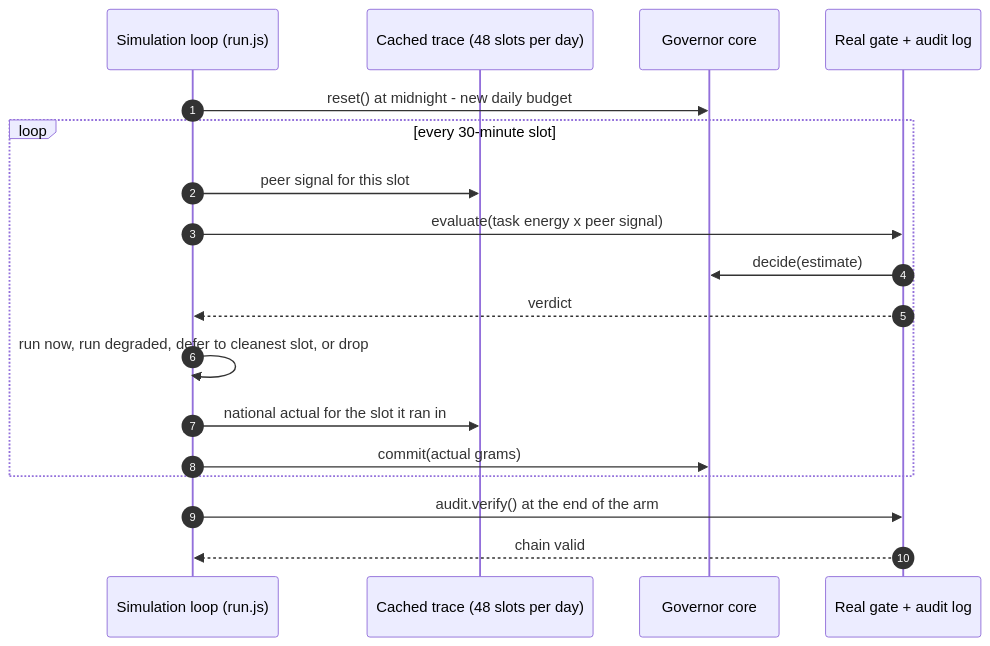
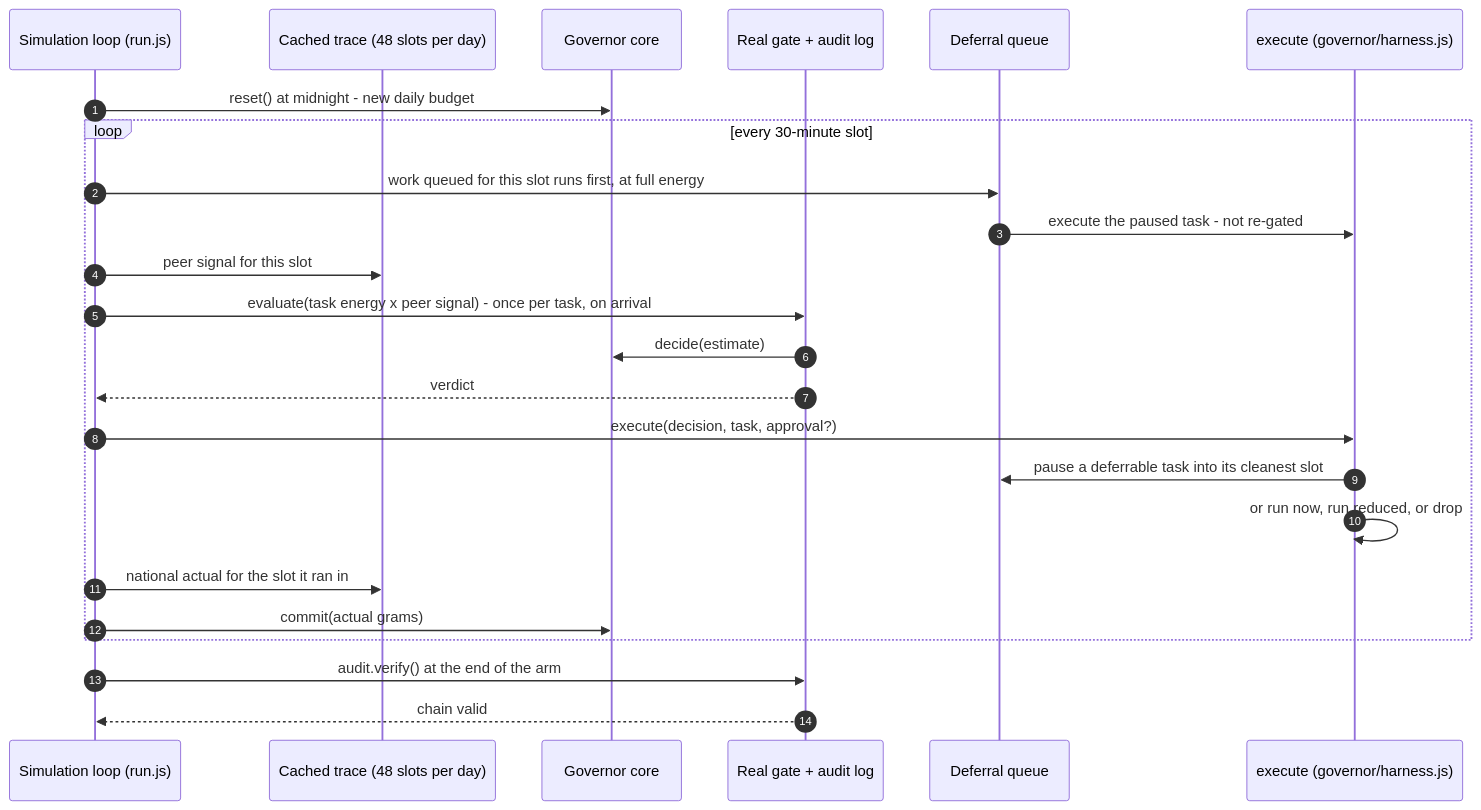
One commit to andreibesleaga/sustainability-loop-eval changed the diagram in docs/architecture/c4/runtime-simulated-day.mmd. Above: the diagram before and after it, drawn with Mermaid. The commit also changed 89 other files, not shown here.

```diff
--- a/docs/architecture/c4/runtime-simulated-day.mmd
+++ b/docs/architecture/c4/runtime-simulated-day.mmd
@@ -1,19 +1,25 @@
 sequenceDiagram
   autonumber
   participant S as Simulation loop (run.js)
   participant W as Cached trace (48 slots per day)
   participant C as Governor core
   participant G as Real gate + audit log
+  participant Q as Deferral queue
+  participant X as execute (governor/harness.js)
 
   S->>C: reset() at midnight - new daily budget
   loop every 30-minute slot
+    S->>Q: work queued for this slot runs first, at full energy
+    Q->>X: execute the paused task - not re-gated
     S->>W: peer signal for this slot
-    S->>G: evaluate(task energy x peer signal)
+    S->>G: evaluate(task energy x peer signal) - once per task, on arrival
     G->>C: decide(estimate)
     G-->>S: verdict
-    S->>S: run now, run degraded, defer to cleanest slot, or drop
+    S->>X: execute(decision, task, approval?)
+    X->>Q: pause a deferrable task into its cleanest slot
+    X->>X: or run now, run reduced, or drop
     S->>W: national actual for the slot it ran in
     S->>C: commit(actual grams)
   end
   S->>G: audit.verify() at the end of the arm
   G-->>S: chain valid
```
